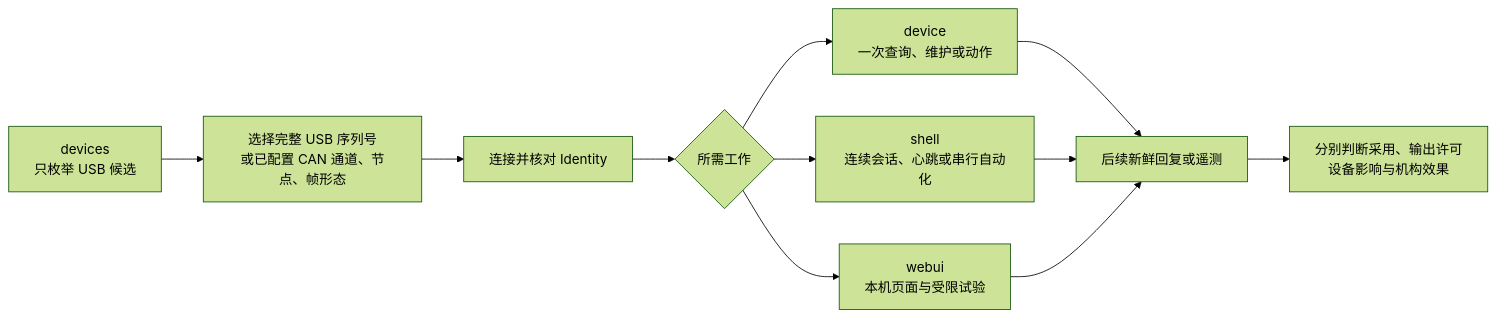
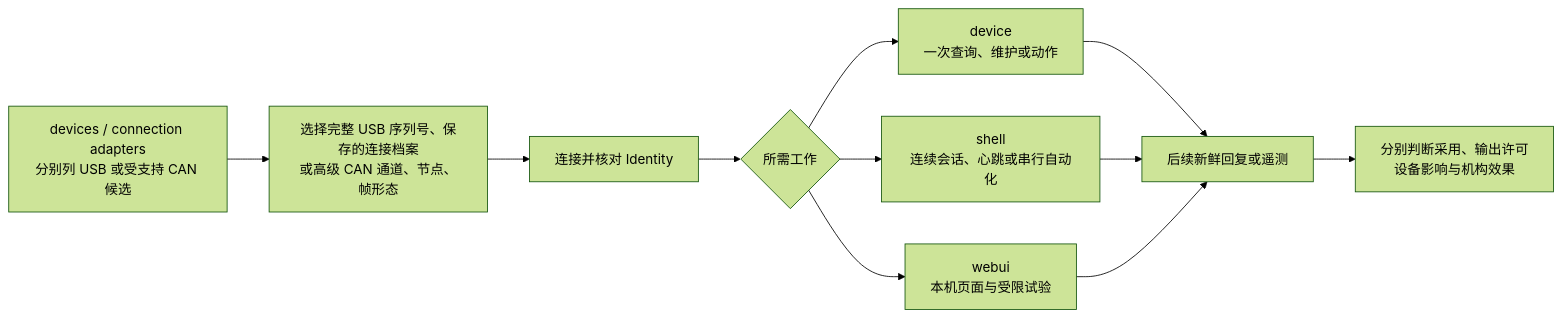
The first of 2 diagrams in crates/tool/README.md (EHAPower/eha-sdk), drawn with Mermaid (forest theme) before and after one commit. The commit also changed other lines of this file and 25 other files, not shown here.

````diff
--- a/crates/tool/README.md
+++ b/crates/tool/README.md
@@ -17,13 +17,13 @@
 ```mermaid
 flowchart LR
-    D["devices<br/>只枚举 USB 候选"] --> T["选择完整 USB 序列号<br/>或已配置 CAN 通道、节点、帧形态"]
+    D["devices / connection adapters<br/>分别列 USB 或受支持 CAN 候选"] --> T["选择完整 USB 序列号、保存的连接档案<br/>或高级 CAN 通道、节点、帧形态"]
     T --> I["连接并核对 Identity"]
     I --> A{所需工作}
     A --> C["device<br/>一次查询、维护或动作"]
     A --> S["shell<br/>连续会话、心跳或串行自动化"]
     A --> W["webui<br/>本机页面与受限试验"]
     C --> F["后续新鲜回复或遥测"]
     S --> F
     W --> F
     F --> E["分别判断采用、输出许可<br/>设备影响与机构效果"]
 ```
````
